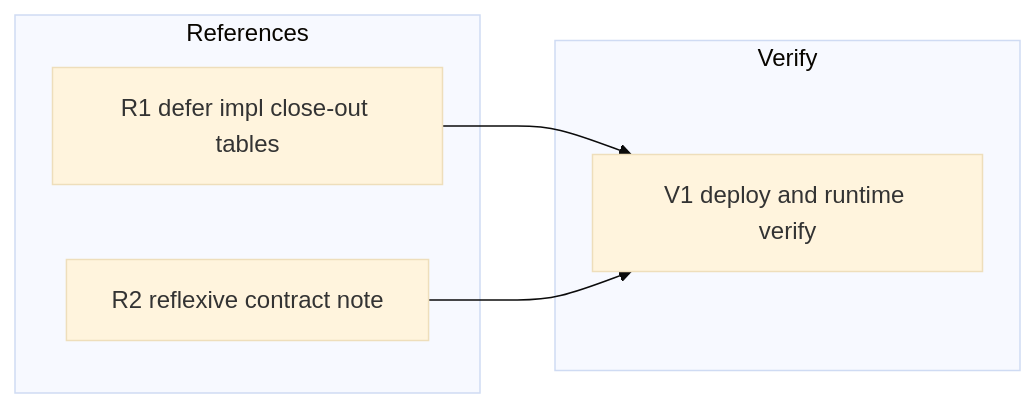
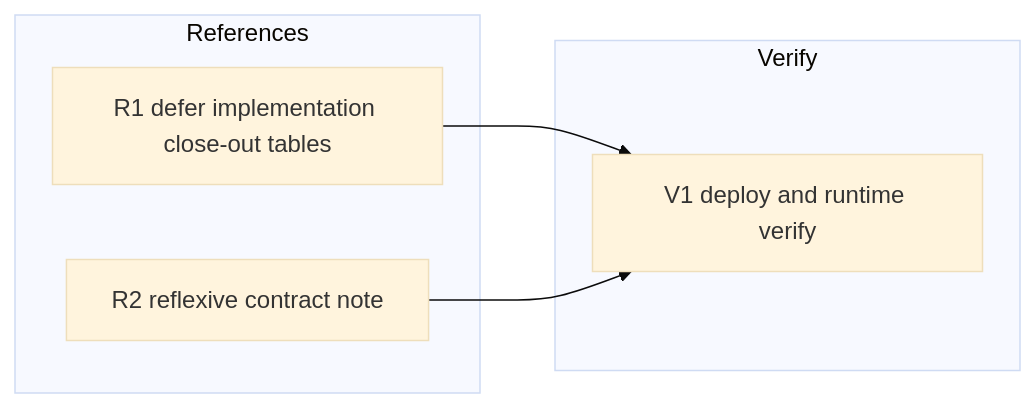
One commit to mynghn/leanplan changed the diagram in docs/features/260621-reflexive-surface-budget/tasks.md. Above: the diagram before and after it, drawn with Mermaid (base theme). The commit also changed other lines of this file and 35 other files, not shown here.

````diff
--- a/docs/features/260621-reflexive-surface-budget/tasks.md
+++ b/docs/features/260621-reflexive-surface-budget/tasks.md
@@ -11,12 +11,12 @@
 ```mermaid
 flowchart LR
     subgraph R [References]
-      R1[R1 defer impl close-out tables]
+      R1[R1 defer implementation close-out tables]
       R2[R2 reflexive contract note]
     end
     subgraph V [Verify]
       V1[V1 deploy and runtime verify]
     end
     R1 --> V1
     R2 --> V1
 ```
````
